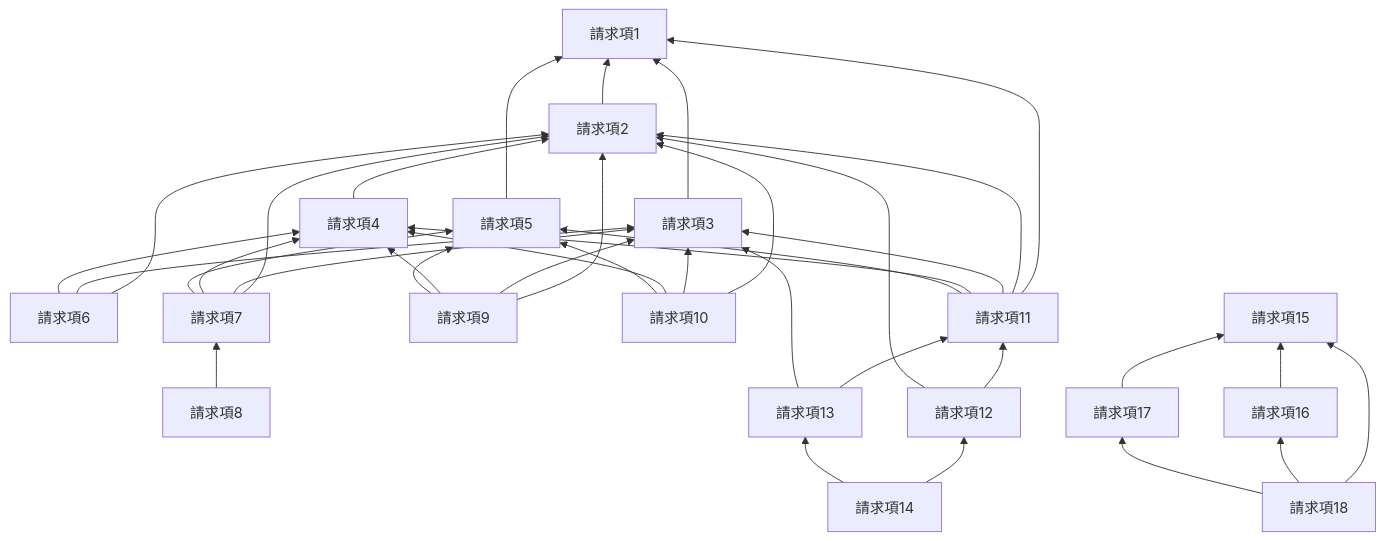
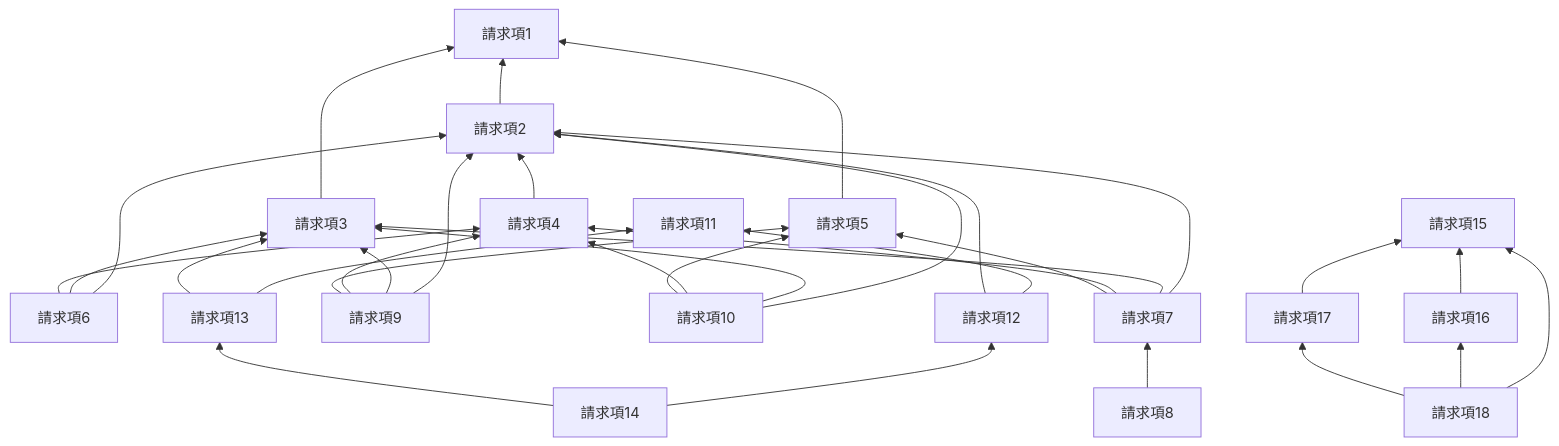
The diagram in 2024/JP2024000284A/README.md (shinmori55/patent_analyzed), drawn with Mermaid before and after one commit. The commit also changed other lines of this file and 38 other files, not shown here.

````diff
--- a/2024/JP2024000284A/README.md
+++ b/2024/JP2024000284A/README.md
@@ -2,58 +3,53 @@
 ```mermaid
 flowchart BT
 A[請求項1]
 B[請求項2]
 C[請求項3]
 D[請求項4]
 E[請求項5]
 F[請求項6]
 G[請求項7]
 H[請求項8]
 I[請求項9]
 J[請求項10]
 K[請求項11]
 L[請求項12]
 M[請求項13]
 N[請求項14]
 O[請求項15]
 P[請求項16]
 Q[請求項17]
 R[請求項18]
 
 B --> A
 C --> A
 D --> B
 E --> A
 F --> B
 F --> C
 F --> D
 G --> B
 G --> C
 G --> D
 G --> E
 H --> G
 I --> B
 I --> C
 I --> D
 I --> E
 J --> B
 J --> C
 J --> D
 J --> E
-K --> A
-K --> B
-K --> C
-K --> D
-K --> E
 L --> K
 L --> B
 M --> K
 M --> C
 N --> L
 N --> M
 P --> O
 Q --> O
 R --> O
 R --> P
 R --> Q
 ```
````
